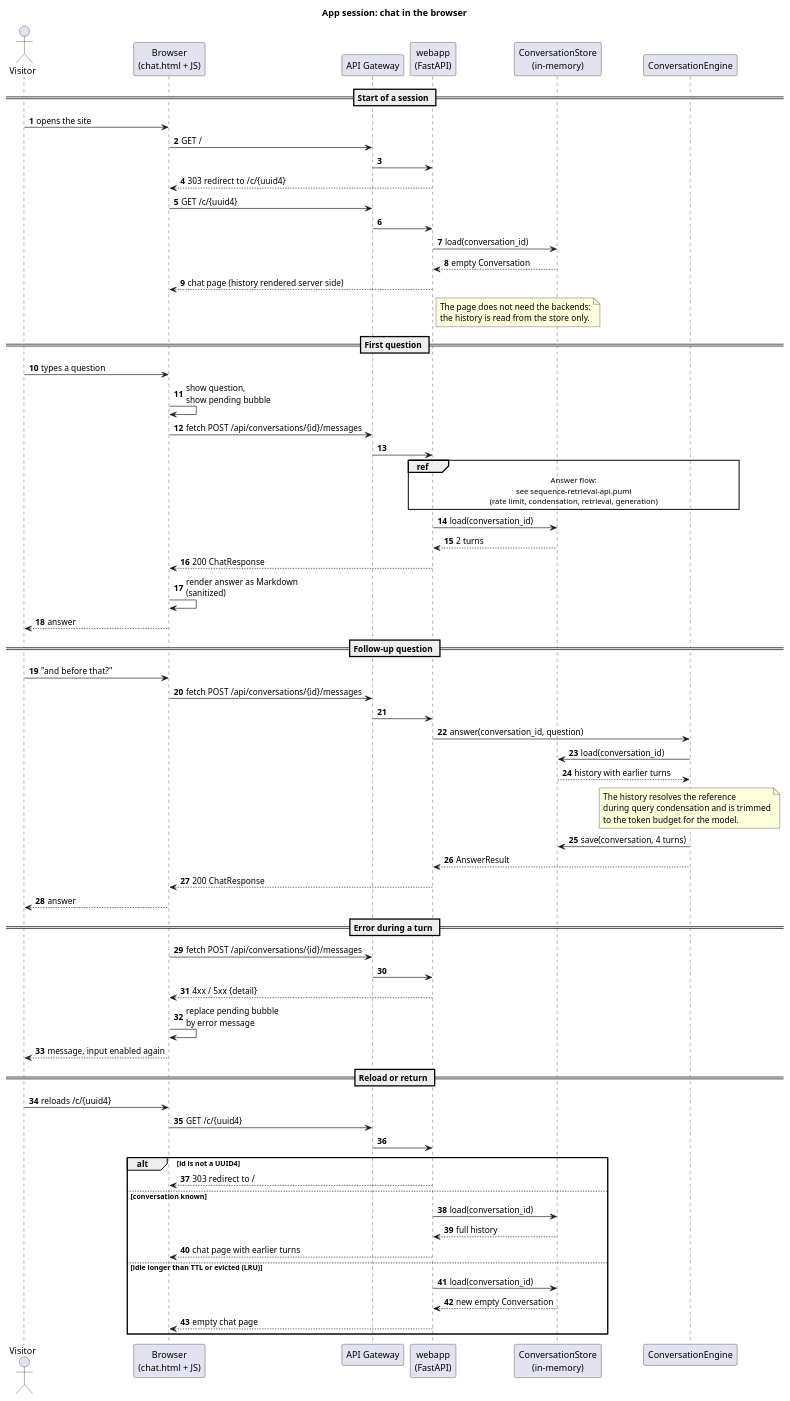
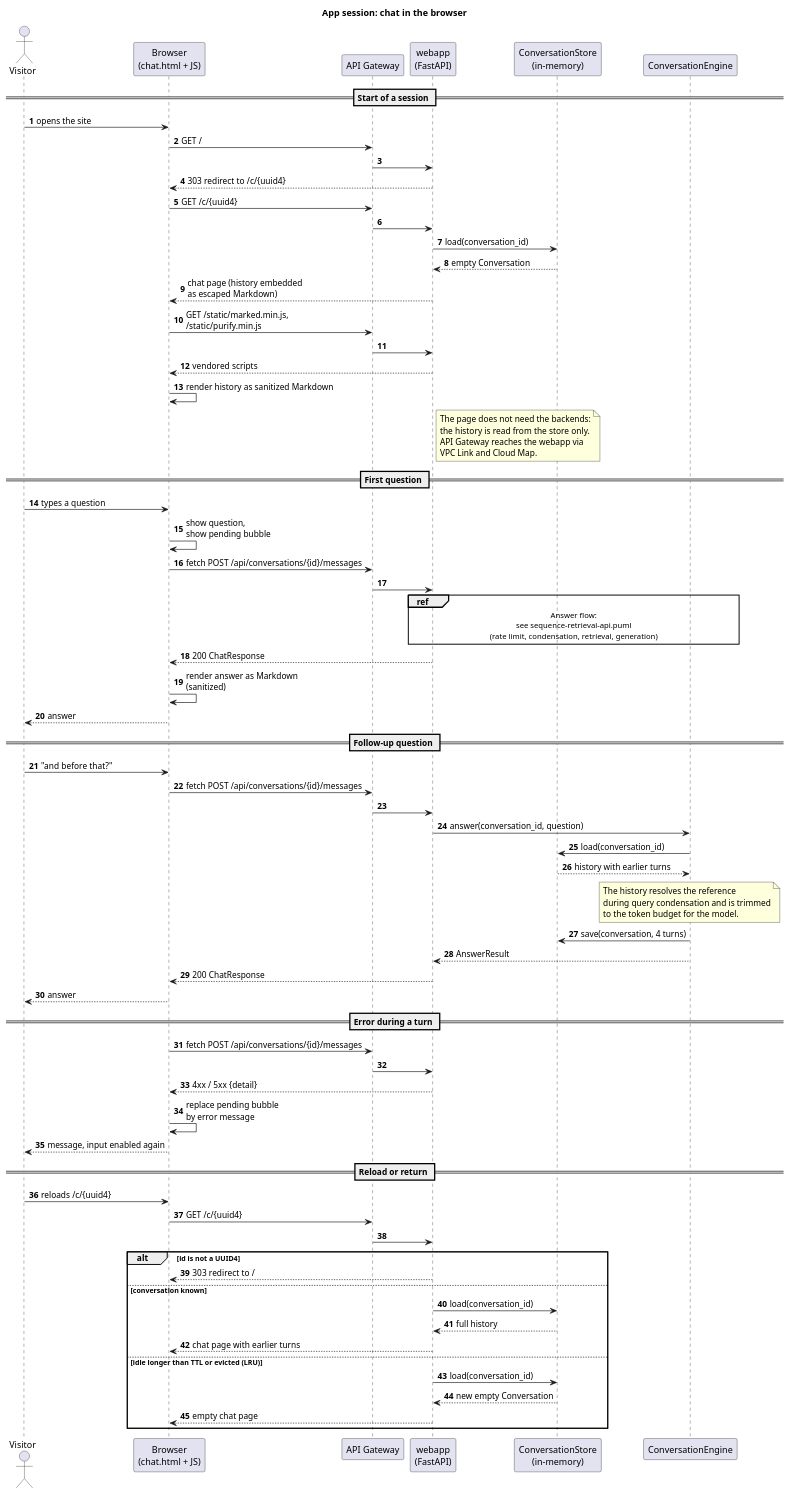
Before and after one commit to Fabian-Winter/cvbot-retriever: the diagram in docs/sequence-retrieval-session.puml, drawn with PlantUML. The commit also changed 6 other files, not shown here.

Commit message:
simplify and review diagrams

```diff
--- a/docs/sequence-retrieval-session.puml
+++ b/docs/sequence-retrieval-session.puml
@@ -1,82 +1,86 @@
 @startuml
 title App session: chat in the browser
 autonumber
 
 actor "Visitor" as visitor
 participant "Browser\n(chat.html + JS)" as browser
 participant "API Gateway" as apigw
 participant "webapp\n(FastAPI)" as web
 participant "ConversationStore\n(in-memory)" as store
 participant "ConversationEngine" as engine
 
 == Start of a session ==
 visitor -> browser : opens the site
 browser -> apigw : GET /
 apigw -> web
 web --> browser : 303 redirect to /c/{uuid4}
 browser -> apigw : GET /c/{uuid4}
 apigw -> web
 web -> store : load(conversation_id)
 store --> web : empty Conversation
-web --> browser : chat page (history rendered server side)
+web --> browser : chat page (history embedded\nas escaped Markdown)
+browser -> apigw : GET /static/marked.min.js,\n/static/purify.min.js
+apigw -> web
+web --> browser : vendored scripts
+browser -> browser : render history as sanitized Markdown
 note right of web
   The page does not need the backends:
   the history is read from the store only.
+  API Gateway reaches the webapp via
+  VPC Link and Cloud Map.
 end note
 
 == First question ==
 visitor -> browser : types a question
 browser -> browser : show question,\nshow pending bubble
 browser -> apigw : fetch POST /api/conversations/{id}/messages
 apigw -> web
 ref over web, engine
   Answer flow:
   see sequence-retrieval-api.puml
   (rate limit, condensation, retrieval, generation)
 end ref
-web -> store : load(conversation_id)
-store --> web : 2 turns
 web --> browser : 200 ChatResponse
 browser -> browser : render answer as Markdown\n(sanitized)
 browser --> visitor : answer
 
 == Follow-up question ==
 visitor -> browser : "and before that?"
 browser -> apigw : fetch POST /api/conversations/{id}/messages
 apigw -> web
 web -> engine : answer(conversation_id, question)
 engine -> store : load(conversation_id)
 store --> engine : history with earlier turns
 note over engine
   The history resolves the reference
   during query condensation and is trimmed
   to the token budget for the model.
 end note
 engine -> store : save(conversation, 4 turns)
 engine --> web : AnswerResult
 web --> browser : 200 ChatResponse
 browser --> visitor : answer
 
 == Error during a turn ==
 browser -> apigw : fetch POST /api/conversations/{id}/messages
 apigw -> web
 web --> browser : 4xx / 5xx {detail}
 browser -> browser : replace pending bubble\nby error message
 browser --> visitor : message, input enabled again
 
 == Reload or return ==
 visitor -> browser : reloads /c/{uuid4}
 browser -> apigw : GET /c/{uuid4}
 apigw -> web
 alt id is not a UUID4
   web --> browser : 303 redirect to /
 else conversation known
   web -> store : load(conversation_id)
   store --> web : full history
   web --> browser : chat page with earlier turns
 else idle longer than TTL or evicted (LRU)
   web -> store : load(conversation_id)
   store --> web : new empty Conversation
   web --> browser : empty chat page
 end
 @enduml
```
